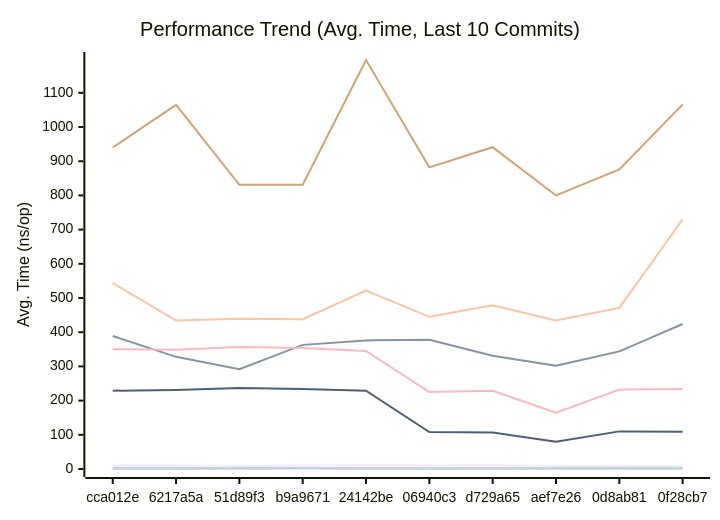
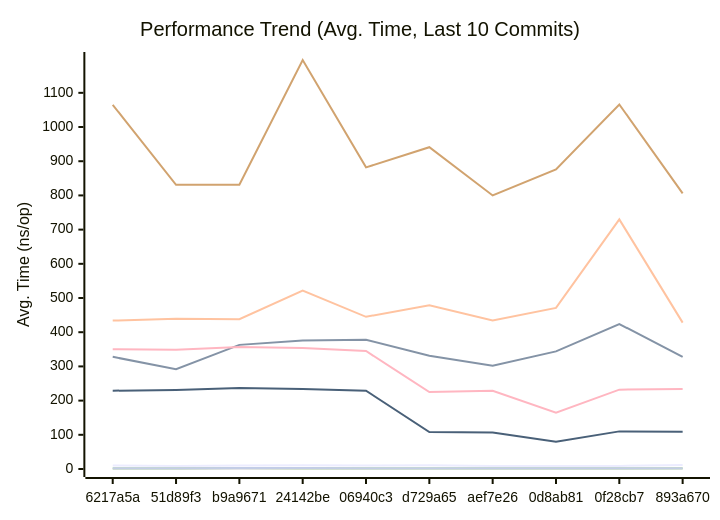
Before and after one commit to alsotoes/momo: the first of 3 diagrams in docs/PERFORMANCE.md, drawn with Mermaid. The commit also changed other lines of this file and 5 other files, not shown here.

````diff
--- a/docs/PERFORMANCE.md
+++ b/docs/PERFORMANCE.md
@@ -80,16 +80,16 @@
 ```mermaid
 xychart-beta
     title "Performance Trend (Avg. Time, Last 10 Commits)"
     x-axis "Commit"
     y-axis "Avg. Time (ns/op)"
-    x-axis [cca012e,6217a5a,51d89f3,b9a9671,24142be,06940c3,d729a65,aef7e26,0d8ab81,0f28cb7]
-    line "CheckMetricsAndSwap" [10,10,9,10,11,10,11,9,9,9]
-    line "CrushOptimized" [389,328,292,363,376,378,331,302,344,424]
-    line "CrushOriginal" [544,434,439,438,522,445,479,434,471,730]
-    line "IndexDirectTracking" [0,0,0,1,0,0,0,0,0,0]
-    line "IndexSearch" [2,2,2,3,2,2,2,2,2,2]
-    line "LoadGlobalConfig" [940,1065,831,831,1196,882,941,800,876,1066]
-    line "PadString" [2,2,2,3,3,2,2,2,2,2]
+    x-axis [6217a5a,51d89f3,b9a9671,24142be,06940c3,d729a65,aef7e26,0d8ab81,0f28cb7,893a670]
+    line "CheckMetricsAndSwap" [10,9,10,11,10,11,9,9,9,12]
+    line "CrushOptimized" [328,292,363,376,378,331,302,344,424,328]
+    line "CrushOriginal" [434,439,438,522,445,479,434,471,730,428]
+    line "IndexDirectTracking" [0,0,1,0,0,0,0,0,0,1]
+    line "IndexSearch" [2,2,3,2,2,2,2,2,2,2]
+    line "LoadGlobalConfig" [1065,831,831,1196,882,941,800,876,1066,806]
+    line "PadString" [2,2,3,3,2,2,2,2,2,2]
     line "ParseReplicationOrder_NoPrealloc" [350,349,357,354,345,225,229,165,232,234]
     line "ParseReplicationOrder_Prealloc" [229,231,237,234,229,108,107,80,110,109]
 ```
````
